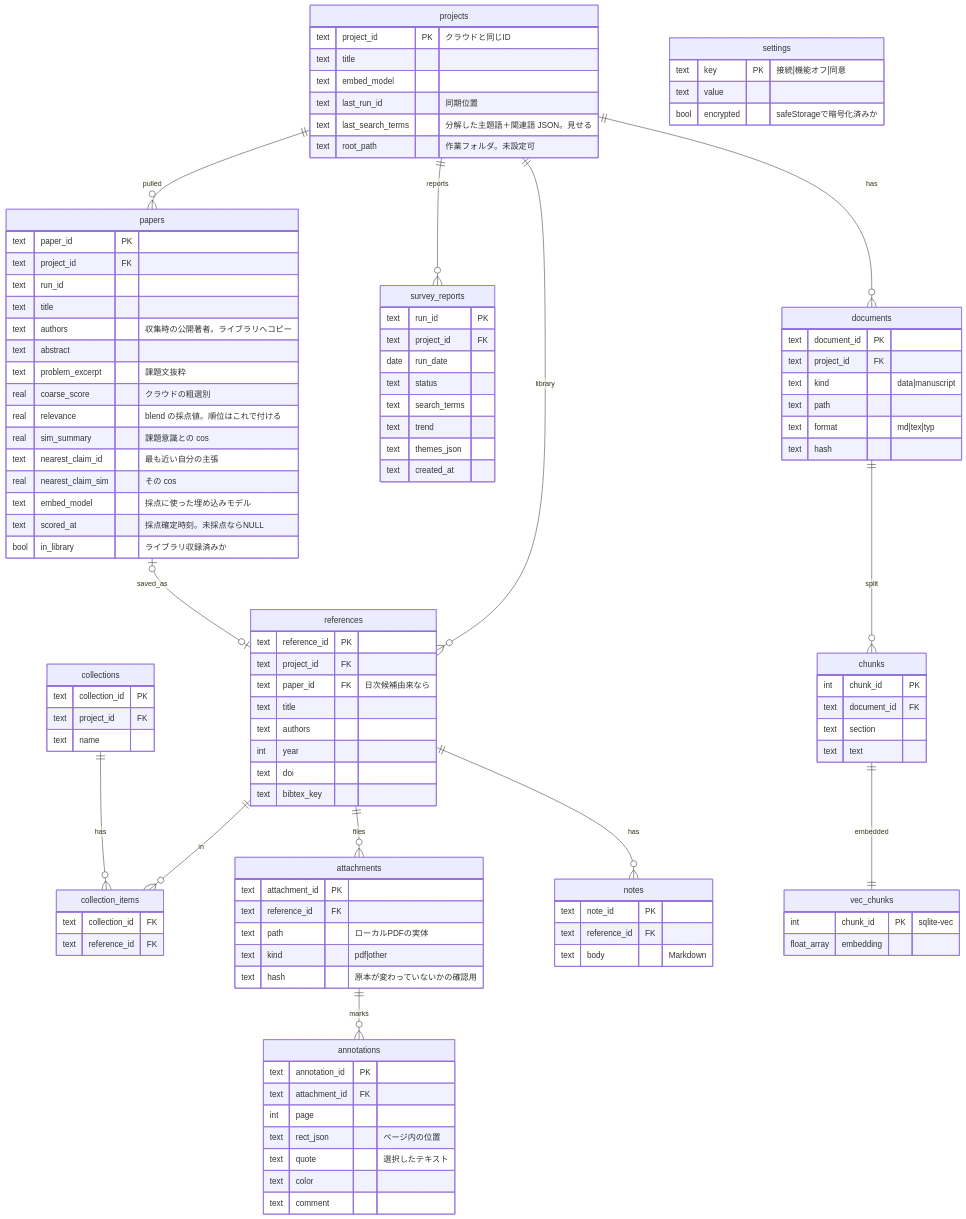
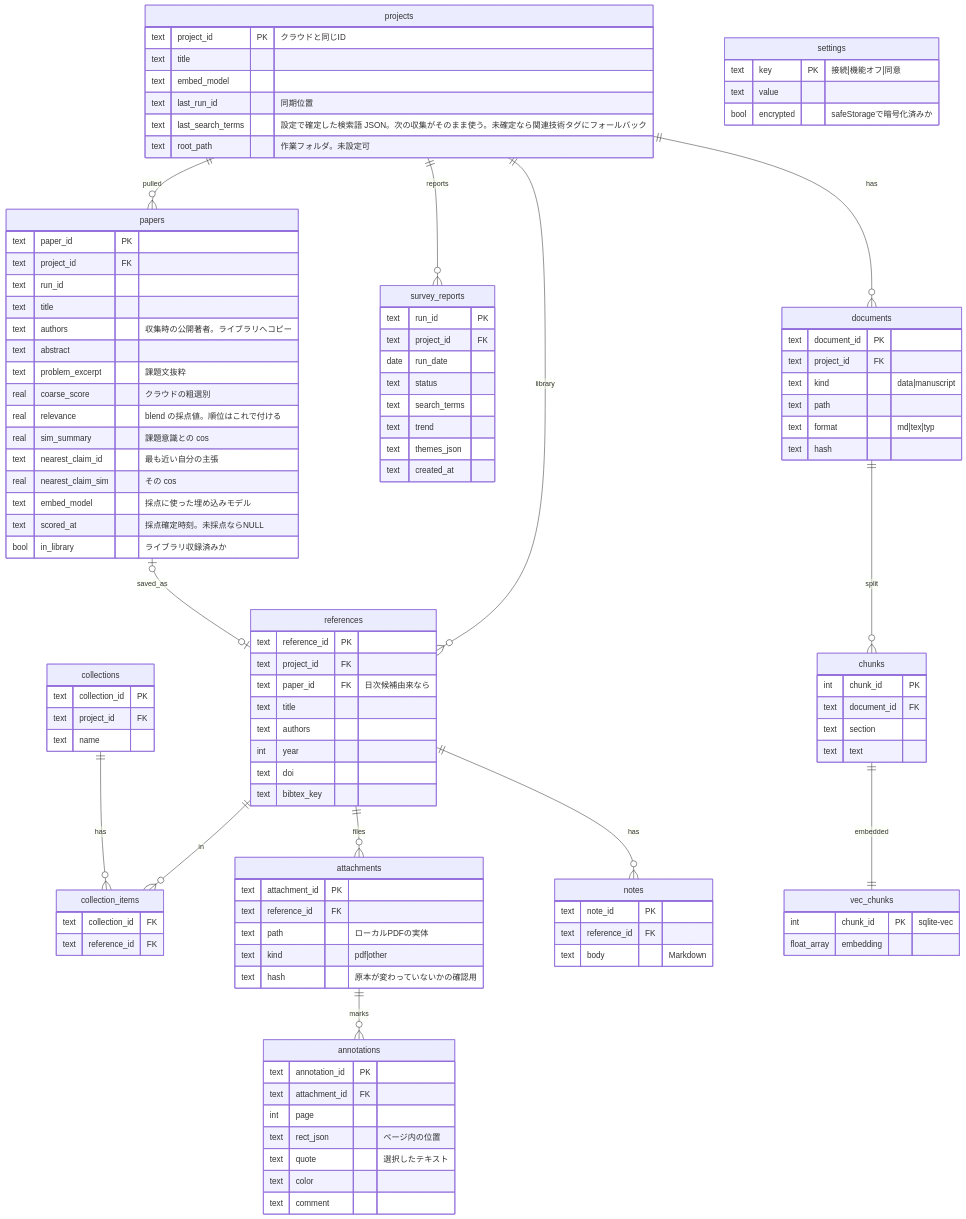
The second of 2 diagrams in docs/er-diagram.md (uzak0209/AI-Research), drawn with Mermaid before and after one commit. The commit also changed other lines of this file, not shown here.

Commit message:
docs: ER 図の last_search_terms 説明を実装に合わせる
326887b で projects.last_search_terms は「設定で確定した検索語（次の収集の
入力）」に用途が変わったが、er-diagram.md は「LLM が分解した結果を見せる」
という旧い説明のままだった。schema.sql のコメントと
worker/src/collect/application/search-terms.ts の searchTermsFromConfirmed /
buildSearchQuery の実装に合わせて記述を修正する（#74）。

```diff
--- a/docs/er-diagram.md
+++ b/docs/er-diagram.md
@@ -120,7 +120,7 @@
         text title
         text embed_model
         text last_run_id "同期位置"
-        text last_search_terms "分解した主題語＋関連語 JSON。見せる"
+        text last_search_terms "設定で確定した検索語 JSON。次の収集がそのまま使う。未確定なら関連技術タグにフォールバック"
         text root_path "作業フォルダ。未設定可"
     }
     papers {
```
